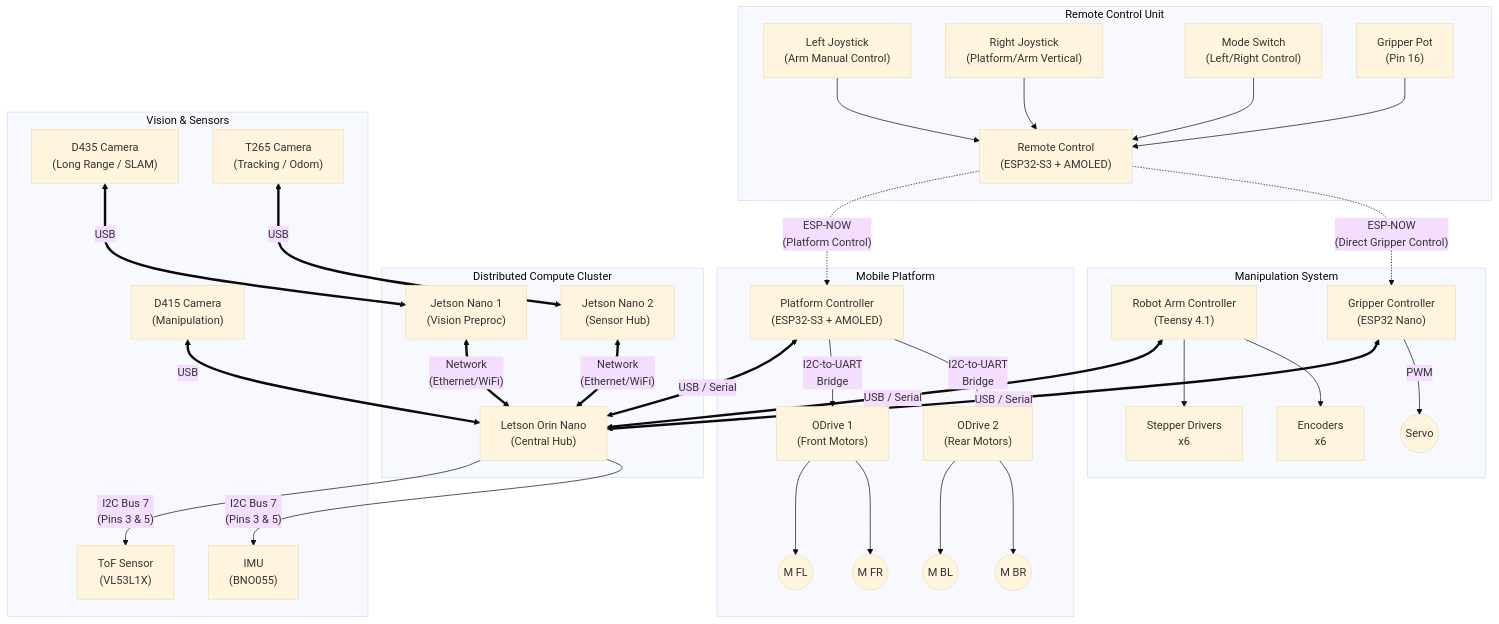
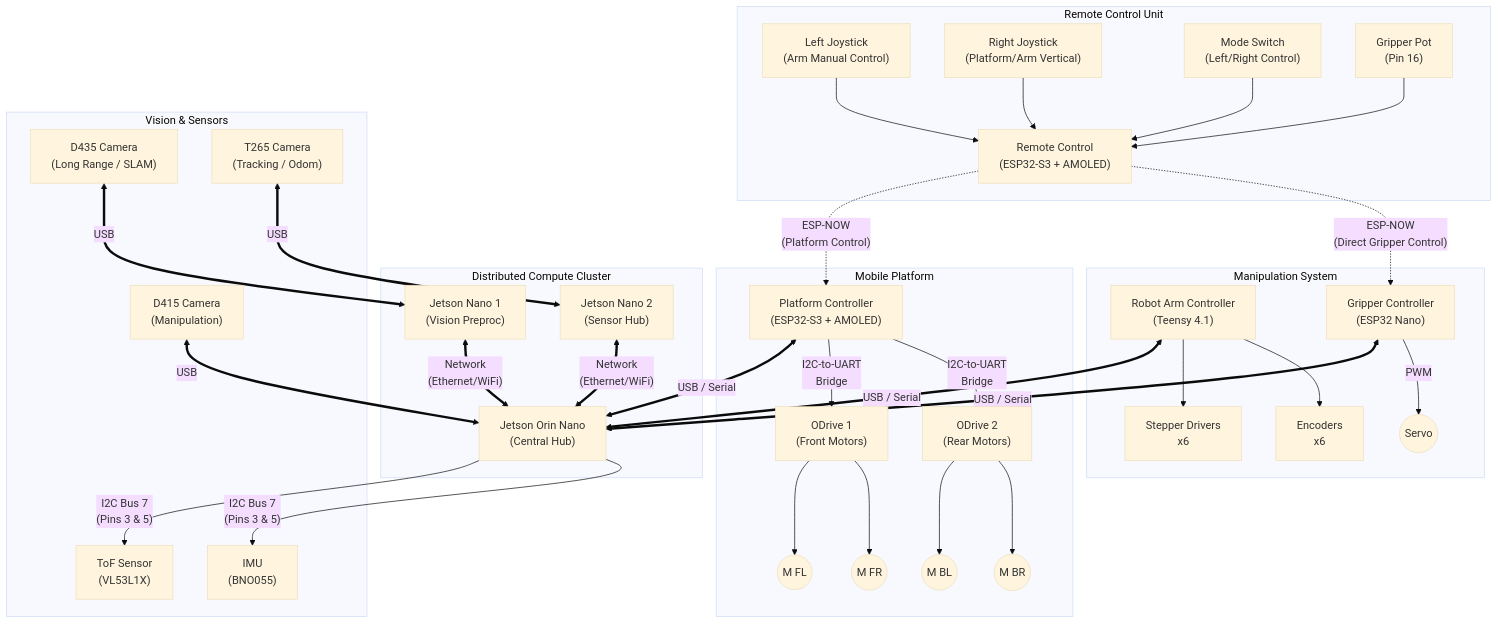
One commit to bano99/james-useful-home-robot changed the diagram in docs/hardware_interconnection.md. Above: the diagram before and after it, drawn with Mermaid (base theme).

Commit message:
Update docs with distributed architecture and axis labels

```diff
--- a/docs/hardware_interconnection.md
+++ b/docs/hardware_interconnection.md
@@ -27,7 +27,7 @@
     end
 
     subgraph "Distributed Compute Cluster"
-        ORIN["Letson Orin Nano<br/>(Central Hub)"]
+        ORIN["Jetson Orin Nano<br/>(Central Hub)"]
         NANO1["Jetson Nano 1<br/>(Vision Preproc)"]
         NANO2["Jetson Nano 2<br/>(Sensor Hub)"]
     end
```
